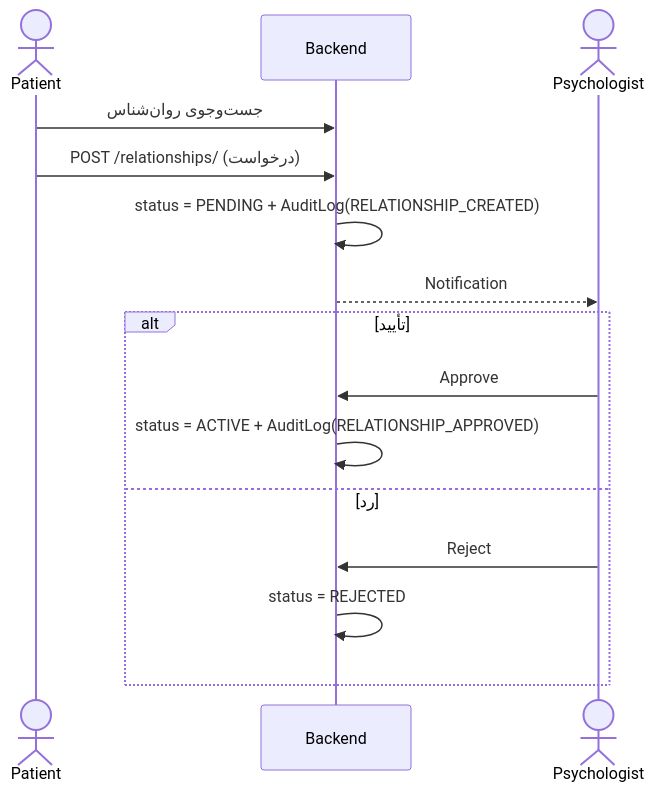
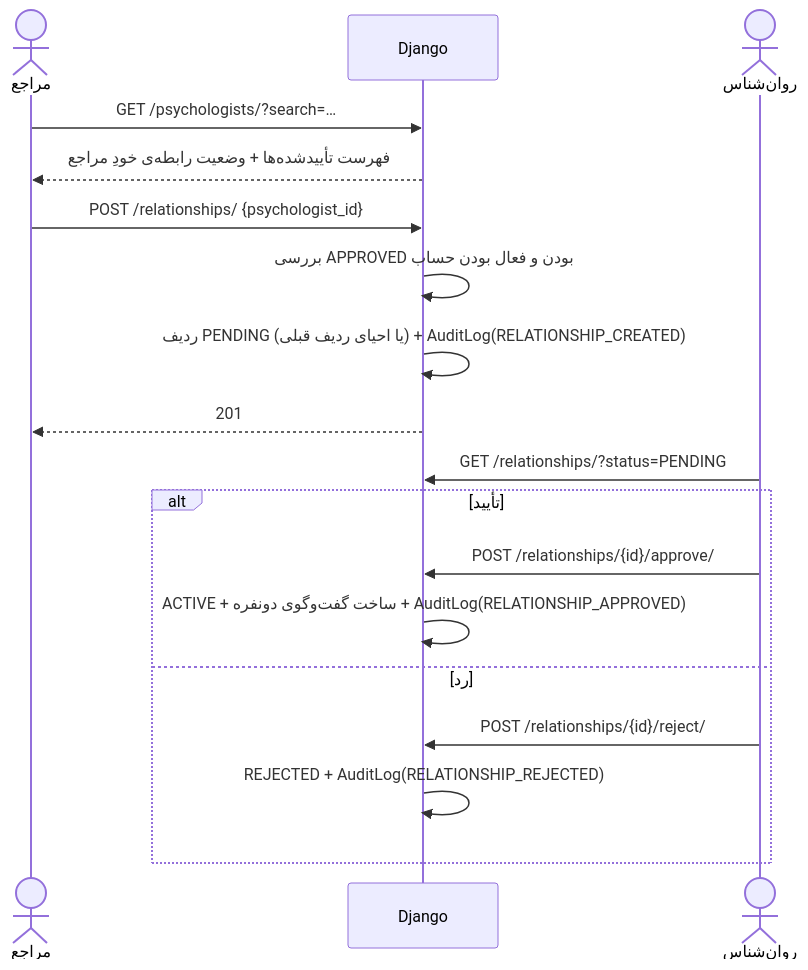
One commit to elmkhah/rorschach changed the second of 13 diagrams in documentation/05-sequence-diagrams.md. Above: the diagram before and after it, drawn with Mermaid. The commit also changed other lines of this file and 23 other files, not shown here.

````diff
--- a/documentation/05-sequence-diagrams.md
+++ b/documentation/05-sequence-diagrams.md
@@ -56,18 +66,22 @@
 ```mermaid
 sequenceDiagram
-    actor P as Patient
-    participant BE as Backend
-    actor PS as Psychologist
+    actor P as مراجع
+    participant BE as Django
+    actor PS as روان‌شناس
 
-    P->>BE: جست‌وجوی روان‌شناس
-    P->>BE: POST /relationships/ (درخواست)
-    BE->>BE: status = PENDING + AuditLog(RELATIONSHIP_CREATED)
-    BE-->>PS: Notification
+    P->>BE: GET /psychologists/?search=…
+    BE-->>P: فهرست تأییدشده‌ها + وضعیت رابطه‌ی خودِ مراجع
+    P->>BE: POST /relationships/ {psychologist_id}
+    BE->>BE: بررسی APPROVED بودن و فعال بودن حساب
+    BE->>BE: ردیف PENDING (یا احیای ردیف قبلی) + AuditLog(RELATIONSHIP_CREATED)
+    BE-->>P: 201
+
+    PS->>BE: GET /relationships/?status=PENDING
     alt تأیید
-        PS->>BE: Approve
-        BE->>BE: status = ACTIVE + AuditLog(RELATIONSHIP_APPROVED)
+        PS->>BE: POST /relationships/{id}/approve/
+        BE->>BE: ACTIVE + ساخت گفت‌وگوی دونفره + AuditLog(RELATIONSHIP_APPROVED)
     else رد
-        PS->>BE: Reject
-        BE->>BE: status = REJECTED
+        PS->>BE: POST /relationships/{id}/reject/
+        BE->>BE: REJECTED + AuditLog(RELATIONSHIP_REJECTED)
     end
 ```
````
